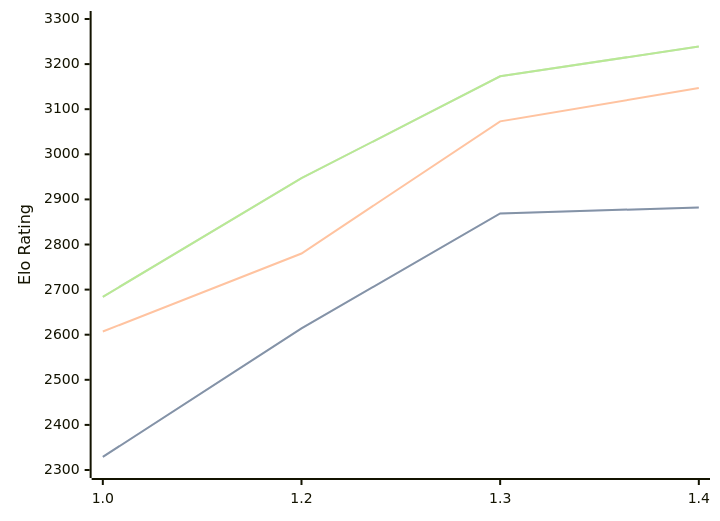
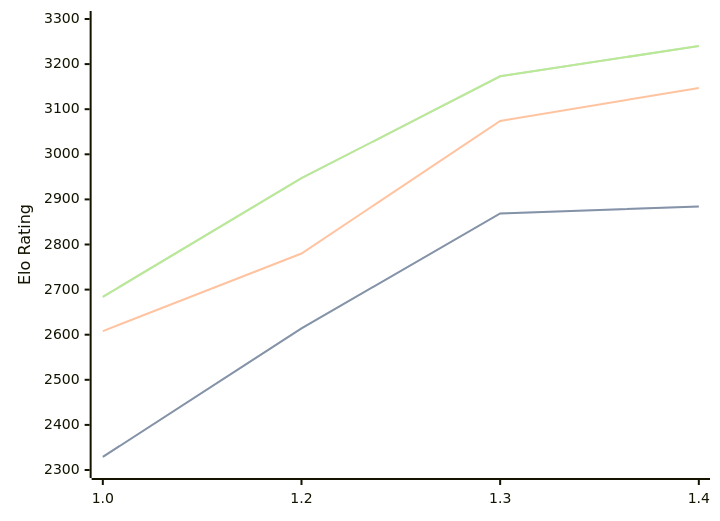
The diagram in engines/Chessnix.md (computer-chess-index/cci), drawn with Mermaid before and after one commit. The commit also changed other lines of this file, not shown here.

Commit message:
Update CCI Ratings (ELO VLTC) - 2026-10-08

````diff
--- a/engines/Chessnix.md
+++ b/engines/Chessnix.md
@@ -34,11 +34,11 @@
 ```mermaid
 %%{init: {"theme":"base","themeVariables":{"seriesColors:['#a3a3a3','#222221','#faa371']}}}%%
 xychart-beta
   x-axis ["1.0", "1.2", "1.3", "1.4"]
   y-axis "Elo Rating" 2300 --> 3300
-  line "" [2329, 2614, 2869, 2882]
-  line "STC (8.0+0.08s)" [2329, 2614, 2869, 2882]
-  line "LTC (60.0+0.60s)" [2607, 2780, 3073, 3147]
-  line "" [2684, 2947, 3173, 3239]
-  line "VLTC (2m24s+1.12s)" [2684, 2947, 3173, 3239]
+  line "" [2329, 2614, 2869, 2884]
+  line "STC (8.0+0.08s)" [2329, 2614, 2869, 2884]
+  line "LTC (60.0+0.60s)" [2608, 2780, 3074, 3147]
+  line "" [2684, 2947, 3173, 3240]
+  line "VLTC (2m24s+1.12s)" [2684, 2947, 3173, 3240]
 ```
````
